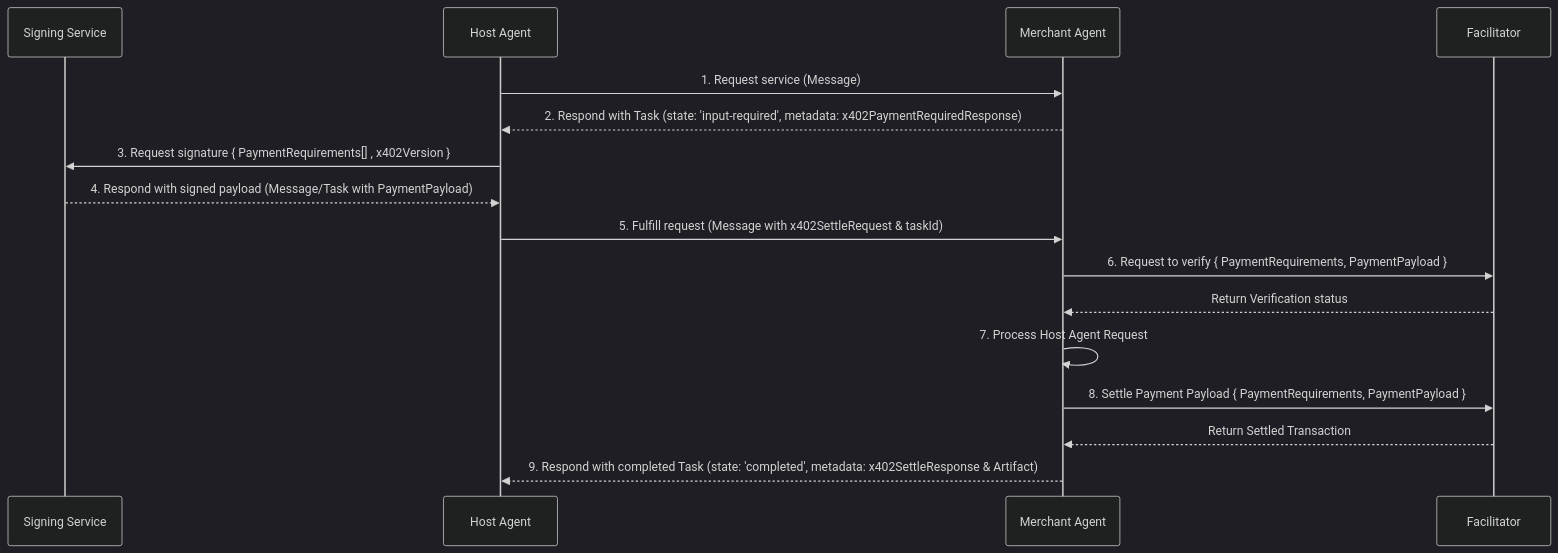
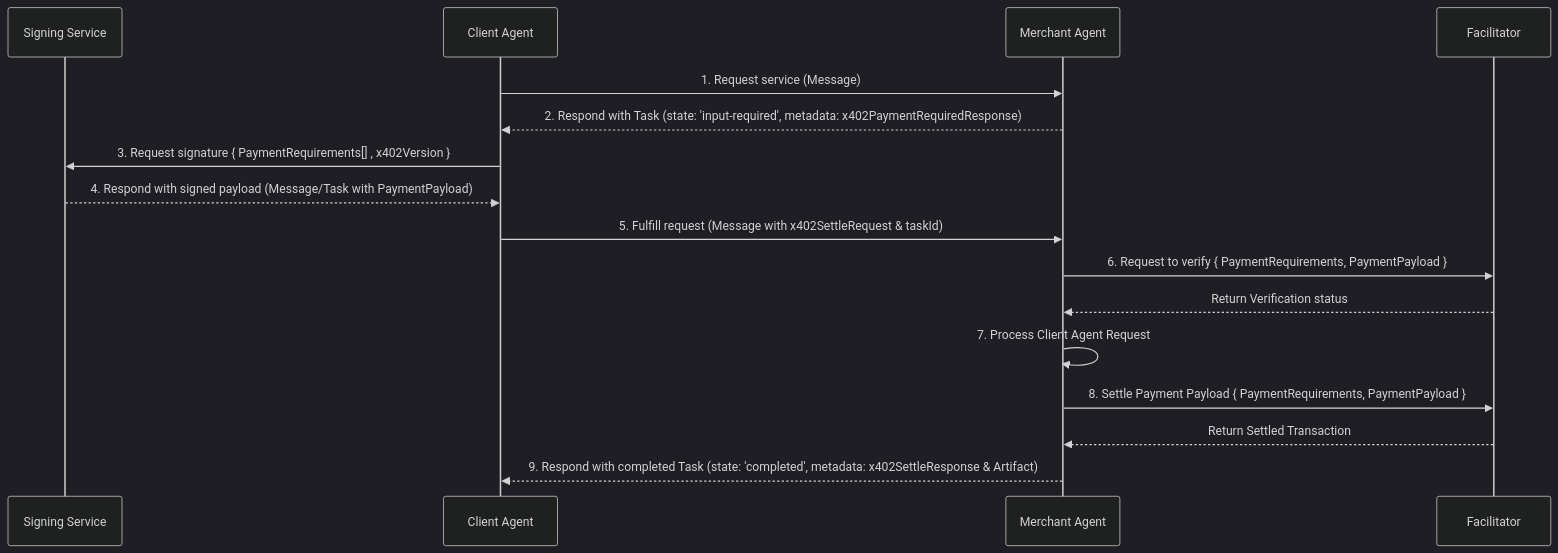
The diagram in v0.1/spec.md (google-agentic-commerce/a2a-x402), drawn with Mermaid (dark theme) before and after one commit. The commit also changed other lines of this file, not shown here.

Commit message:
Update spec.md - use Client Agent and update URI

````diff
--- a/v0.1/spec.md
+++ b/v0.1/spec.md
@@ -90,19 +90,19 @@
 ```mermaid
 sequenceDiagram
     participant Signing Service
-    participant Host Agent
+    participant Client Agent
     participant Merchant Agent
     participant Facilitator
-    Host Agent->>Merchant Agent: 1. Request service (Message)
-    Merchant Agent-->>Host Agent: 2. Respond with Task (state: 'input-required', metadata: x402PaymentRequiredResponse)
-    Host Agent->>Signing Service: 3. Request signature { PaymentRequirements[] , x402Version }
-    Signing Service-->>Host Agent: 4. Respond with signed payload (Message/Task with PaymentPayload)
-    Host Agent->>Merchant Agent: 5. Fulfill request (Message with x402SettleRequest & taskId)
+    Client Agent->>Merchant Agent: 1. Request service (Message)
+    Merchant Agent-->>Client Agent: 2. Respond with Task (state: 'input-required', metadata: x402PaymentRequiredResponse)
+    Client Agent->>Signing Service: 3. Request signature { PaymentRequirements[] , x402Version }
+    Signing Service-->>Client Agent: 4. Respond with signed payload (Message/Task with PaymentPayload)
+    Client Agent->>Merchant Agent: 5. Fulfill request (Message with x402SettleRequest & taskId)
     Merchant Agent->>Facilitator: 6. Request to verify  { PaymentRequirements, PaymentPayload }
     Facilitator-->>Merchant Agent: Return Verification status
-    Merchant Agent->>Merchant Agent: 7. Process Host Agent Request
+    Merchant Agent->>Merchant Agent: 7. Process Client Agent Request
     Merchant Agent->>Facilitator: 8. Settle Payment Payload	  { PaymentRequirements, PaymentPayload }
     Facilitator-->>Merchant Agent: Return Settled Transaction
-    Merchant Agent-->>Host Agent: 9. Respond with completed Task (state: 'completed', metadata: x402SettleResponse & Artifact)
+    Merchant Agent-->>Client Agent: 9. Respond with completed Task (state: 'completed', metadata: x402SettleResponse & Artifact)
 
 ```
````
